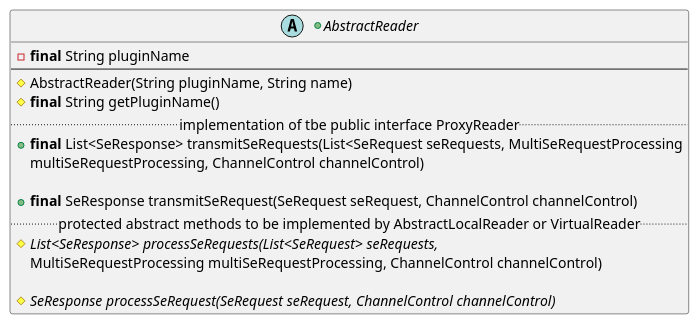
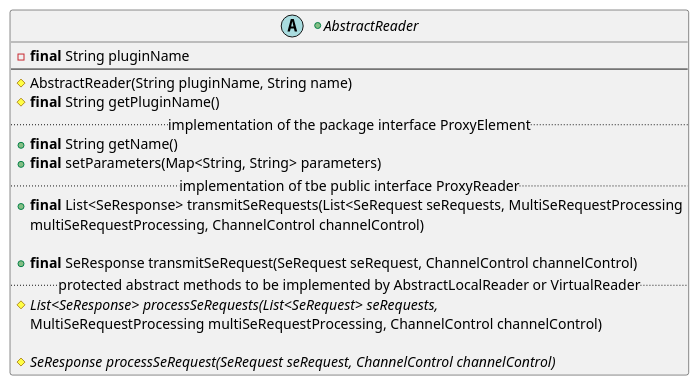
Before and after one commit to calypsonet/keyple: diagram 12 of 17 in src/KeypleCoreApi/Plugin/puml/KeypleCore-PluginApi-ClassDiag-SE_Proxy-ClassElements.iuml, drawn with PlantUML. The commit also changed other lines of this file and 20 other files, not shown here.

```diff
--- a/src/KeypleCoreApi/Plugin/puml/KeypleCore-PluginApi-ClassDiag-SE_Proxy-ClassElements.iuml
+++ b/src/KeypleCoreApi/Plugin/puml/KeypleCore-PluginApi-ClassDiag-SE_Proxy-ClassElements.iuml
@@ -210,19 +215,24 @@
 @startuml(id=PLUGIN_ABSTRACTREADER_0_9_0)
 +abstract AbstractReader {
   -<b>final</b> String pluginName
   --
   #AbstractReader(String pluginName, String name)
   #<b>final</b> String getPluginName()
+'
+  .. implementation of the package interface ProxyElement ..
+  +<b>final</b> String getName()
+  +<b>final</b> setParameters(Map<String, String> parameters)
+'
   .. implementation of tbe public interface ProxyReader ..
   +<b>final</b> List<SeResponse> transmitSeRequests(List<SeRequest seRequests, MultiSeRequestProcessing
     multiSeRequestProcessing, ChannelControl channelControl)
 
   +<b>final</b> SeResponse transmitSeRequest(SeRequest seRequest, ChannelControl channelControl)
 '
   .. protected abstract methods to be implemented by AbstractLocalReader or VirtualReader ..
   #{abstract} List<SeResponse> processSeRequests(List<SeRequest> seRequests,
     MultiSeRequestProcessing multiSeRequestProcessing, ChannelControl channelControl)
 
   #{abstract} SeResponse processSeRequest(SeRequest seRequest, ChannelControl channelControl)
 }
 @enduml
```
